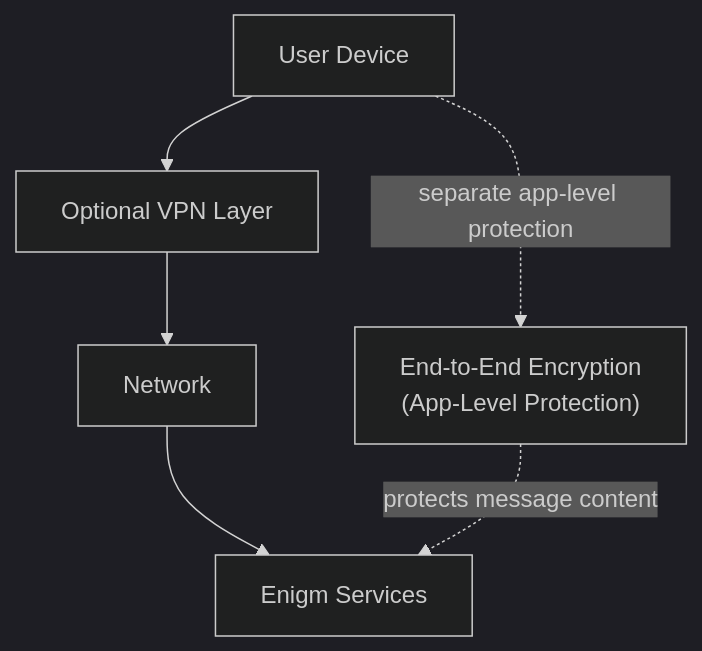
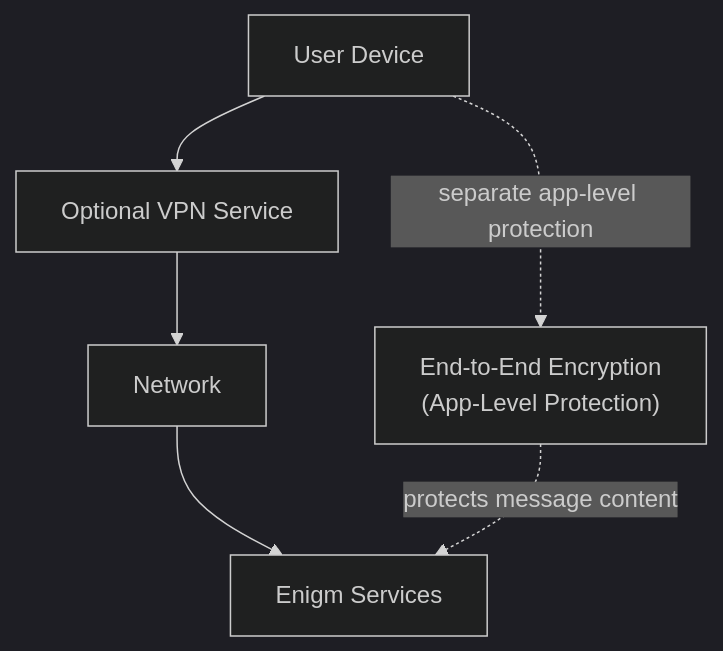
The diagram in platform/vpn.mdx (enigm-llc/docs), drawn with Mermaid (dark theme) before and after one commit. The commit also changed other lines of this file and 53 other files, not shown here.

````diff
--- a/platform/vpn.mdx
+++ b/platform/vpn.mdx
@@ -17,14 +19,14 @@
 ```mermaid
 flowchart TD
   Device["User Device"]
-  VPN["Optional VPN Layer"]
+  VPN["Optional VPN Service"]
   Network["Network"]
   Services["Enigm Services"]
   E2EE["End-to-End Encryption\n(App-Level Protection)"]
 
   Device --> VPN
   VPN --> Network
   Network --> Services
   Device -. "separate app-level protection" .-> E2EE
   E2EE -. "protects message content" .-> Services
 ```
````
